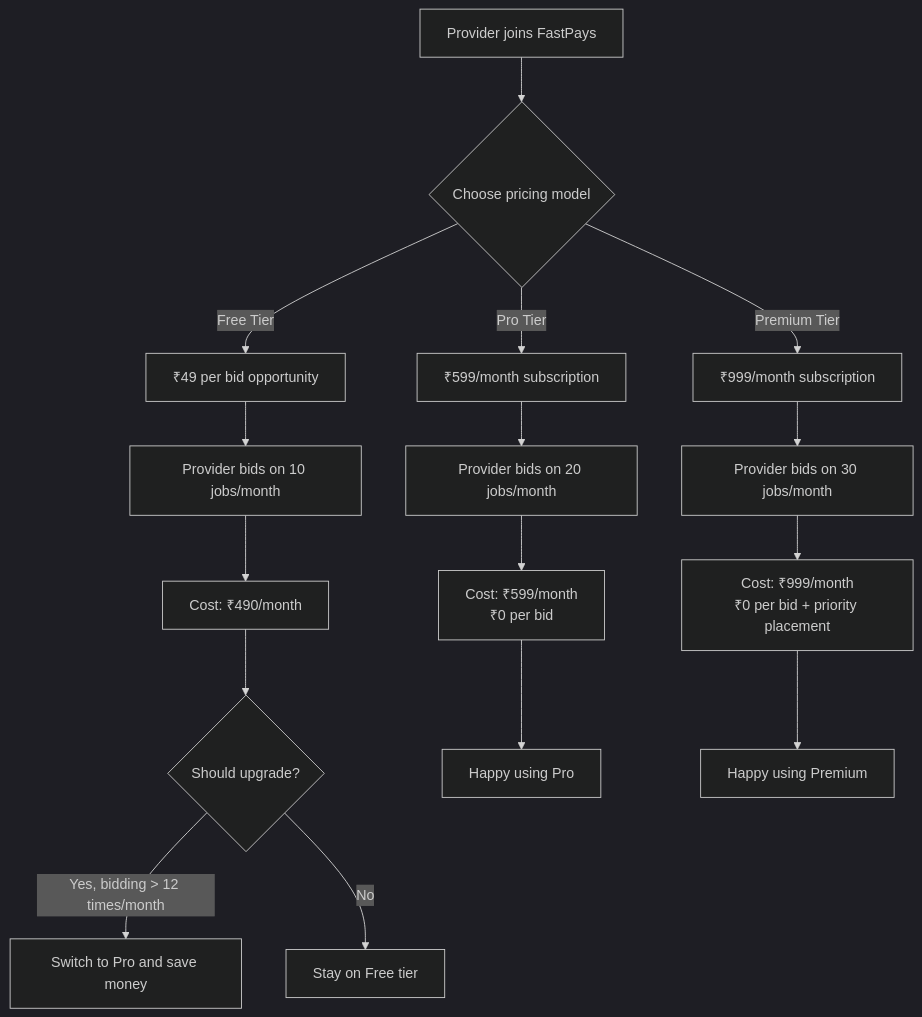
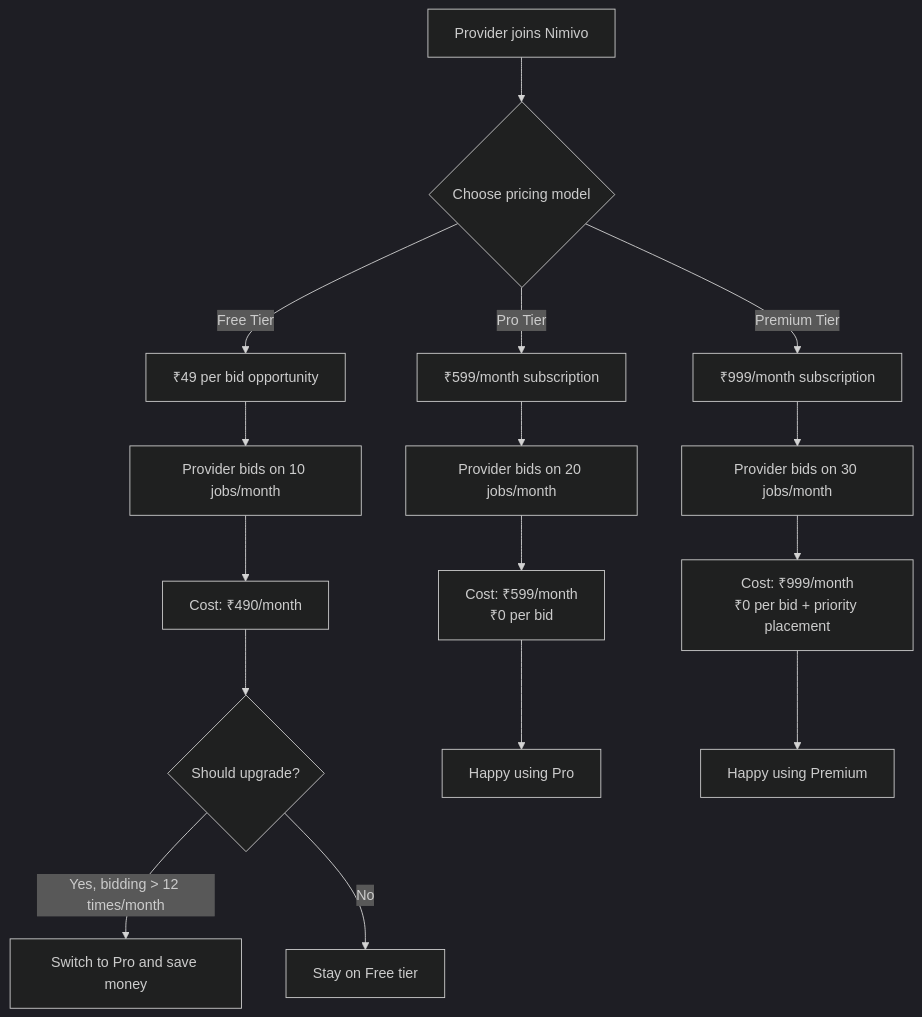
Diagram 12 of 21 in WORKFLOW_DIAGRAMS.md (ashutosh48555/Nimivo), drawn with Mermaid (dark theme) before and after one commit. The commit also changed other lines of this file and 22 other files, not shown here.

````diff
--- a/WORKFLOW_DIAGRAMS.md
+++ b/WORKFLOW_DIAGRAMS.md
@@ -426,23 +426,23 @@
 ```mermaid
 flowchart TD
-    Provider[Provider joins FastPays] --> Choose{Choose pricing model}
+    Provider[Provider joins Nimivo] --> Choose{Choose pricing model}
     
     Choose -->|Free Tier| Free[₹49 per bid opportunity]
     Choose -->|Pro Tier| Pro[₹599/month subscription]
     Choose -->|Premium Tier| Premium[₹999/month subscription]
     
     Free --> Usage1[Provider bids on 10 jobs/month]
     Pro --> Usage2[Provider bids on 20 jobs/month]
     Premium --> Usage3[Provider bids on 30 jobs/month]
     
     Usage1 --> Cost1[Cost: ₹490/month]
     Usage2 --> Cost2[Cost: ₹599/month<br/>₹0 per bid]
     Usage3 --> Cost3[Cost: ₹999/month<br/>₹0 per bid + priority placement]
     
     Cost1 --> Decision1{Should upgrade?}
     Decision1 -->|Yes, bidding > 12 times/month| Upgrade1[Switch to Pro and save money]
     Decision1 -->|No| Stay1[Stay on Free tier]
     
     Cost2 --> Happy2[Happy using Pro]
     Cost3 --> Happy3[Happy using Premium]
 ```
````
